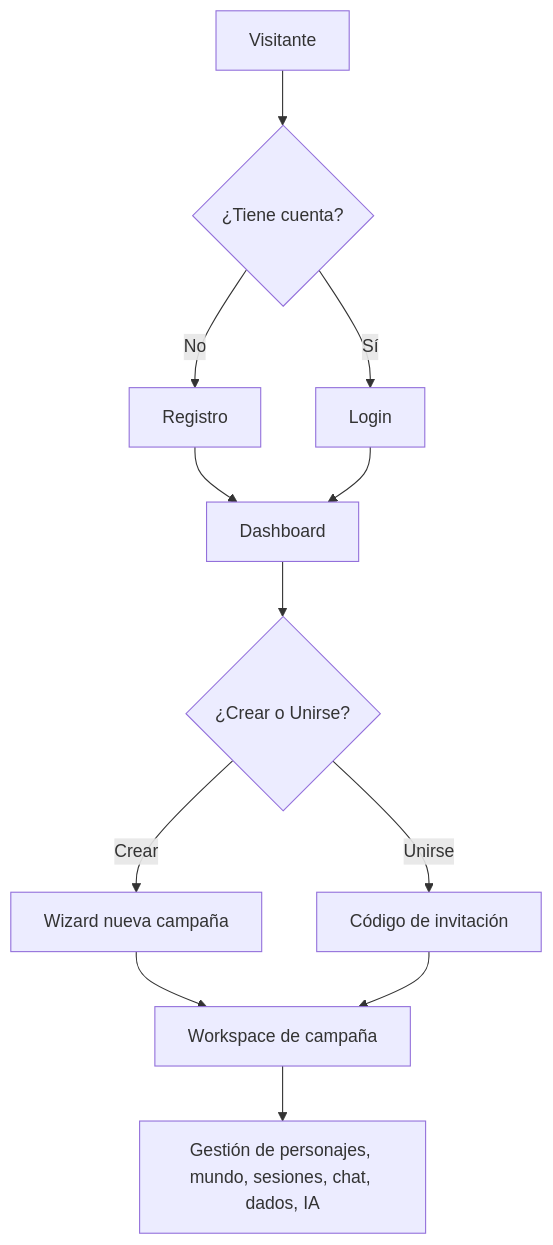
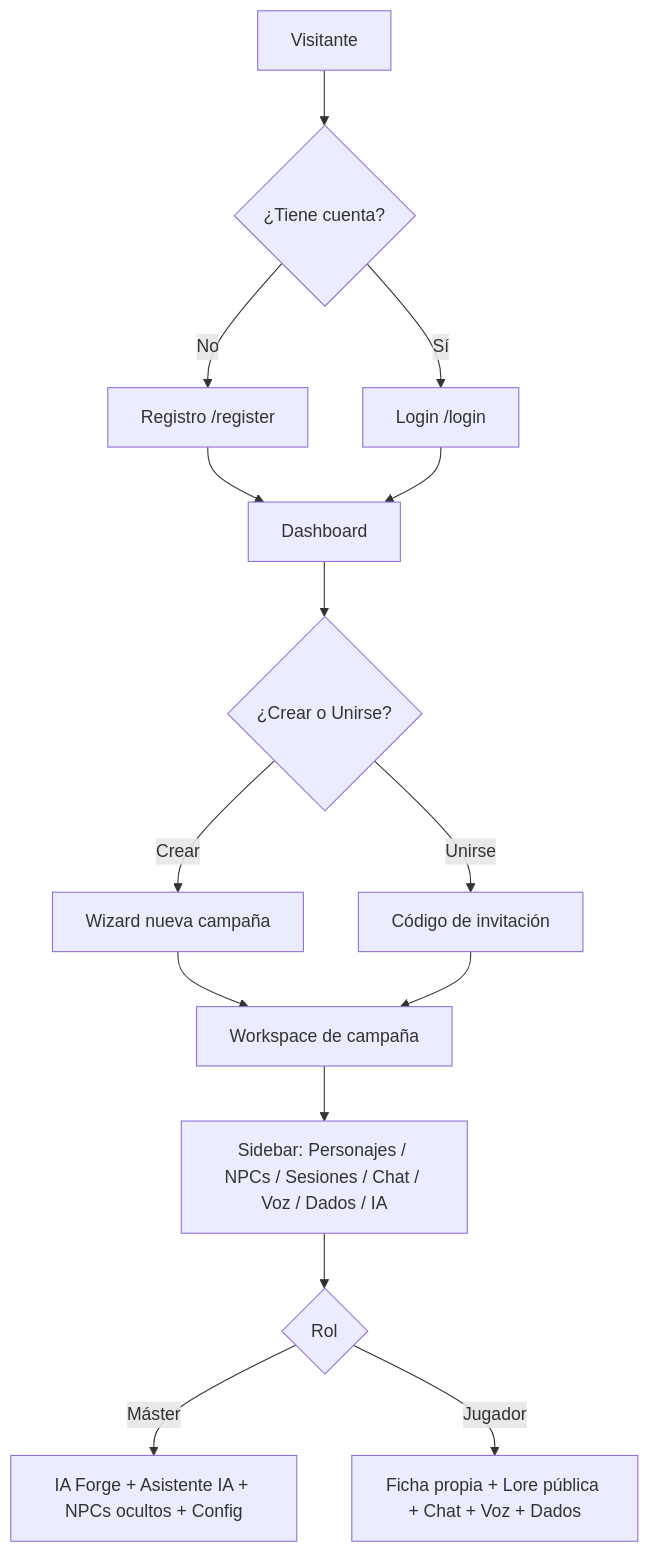
One commit to Xenov2030/campaign-forge changed the diagram in .docs/01_alcance.md. Above: the diagram before and after it, drawn with Mermaid. The commit also changed other lines of this file and 7 other files, not shown here.

````diff
--- a/.docs/01_alcance.md
+++ b/.docs/01_alcance.md
@@ -158,14 +157,17 @@
 ```mermaid
 flowchart TD
     A[Visitante] --> B{¿Tiene cuenta?}
-    B -->|No| C[Registro]
-    B -->|Sí| D[Login]
+    B -->|No| C[Registro /register]
+    B -->|Sí| D[Login /login]
     C --> E[Dashboard]
     D --> E
     E --> F{¿Crear o Unirse?}
     F -->|Crear| G[Wizard nueva campaña]
     F -->|Unirse| H[Código de invitación]
     G --> I[Workspace de campaña]
     H --> I
-    I --> J[Gestión de personajes, mundo, sesiones, chat, dados, IA]
+    I --> J[Sidebar: Personajes / NPCs / Sesiones / Chat / Voz / Dados / IA]
+    J --> K{Rol}
+    K -->|Máster| L[IA Forge + Asistente IA + NPCs ocultos + Config]
+    K -->|Jugador| M[Ficha propia + Lore pública + Chat + Voz + Dados]
 ```
````
